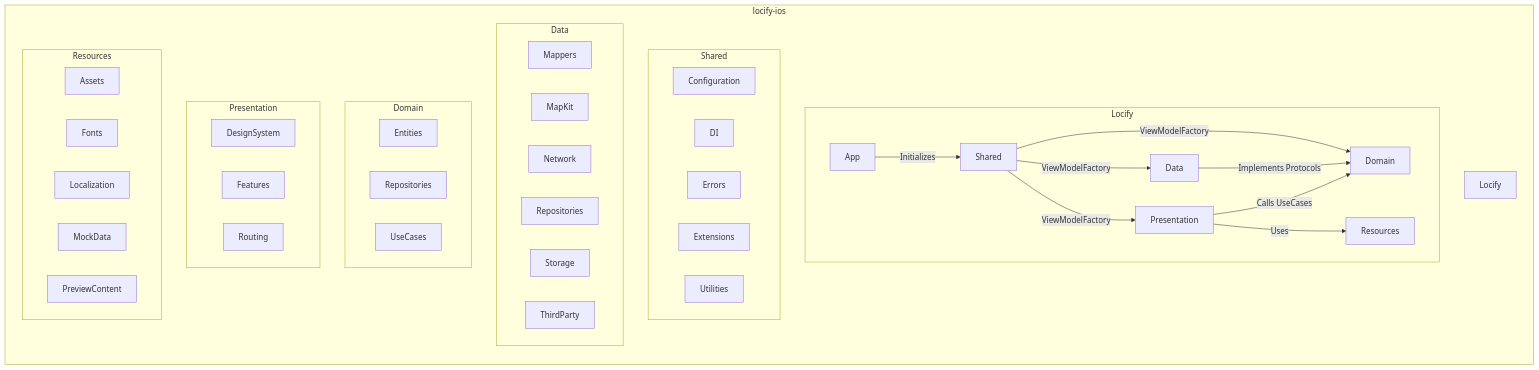
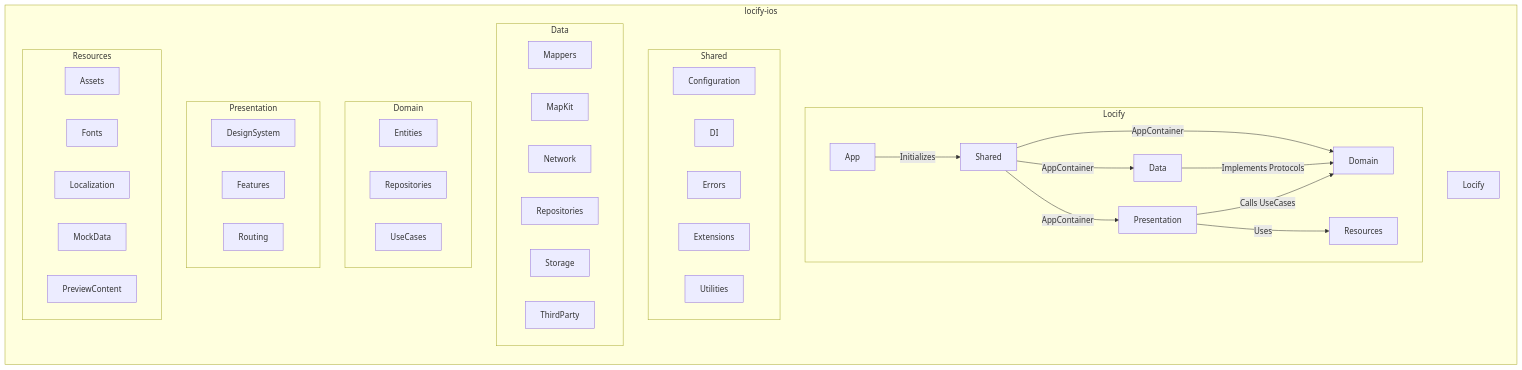
One commit to lhhiep2204/Locify changed the diagram in locify-ios/README.md. Above: the diagram before and after it, drawn with Mermaid. The commit also changed other lines of this file and 28 other files, not shown here.

Commit message:
Refactor the code to strictly follow the Clean Architecture pattern

````diff
--- a/locify-ios/README.md
+++ b/locify-ios/README.md
@@ -201,53 +201,53 @@
 ```mermaid
 graph LR
     A[App] -->|Initializes| B[Shared]
-    B -->|ViewModelFactory| C[Domain]
-    B -->|ViewModelFactory| D[Data]
-    B -->|ViewModelFactory| E[Presentation]
+    B -->|AppContainer| C[Domain]
+    B -->|AppContainer| D[Data]
+    B -->|AppContainer| E[Presentation]
     D -->|Implements Protocols| C
     E -->|Calls UseCases| C
     E -->|Uses| F[Resources]
     subgraph locify-ios
         H[Locify]
         subgraph Locify
             A
             B
             C
             D
             E
             F
         end
         subgraph Shared
             B1[Configuration]
             B2[DI]
             B3[Errors]
             B4[Extensions]
             B5[Utilities]
         end
         subgraph Data
             D1[Mappers]
             D2[MapKit]
             D3[Network]
             D4[Repositories]
             D5[Storage]
             D6[ThirdParty]
         end
         subgraph Domain
             C1[Entities]
             C2[Repositories]
             C3[UseCases]
         end
         subgraph Presentation
             E1[DesignSystem]
             E2[Features]
             E3[Routing]
         end
         subgraph Resources
             F1[Assets]
             F2[Fonts]
             F3[Localization]
             F4[MockData]
             F5[PreviewContent]
         end
     end
 ```
````
